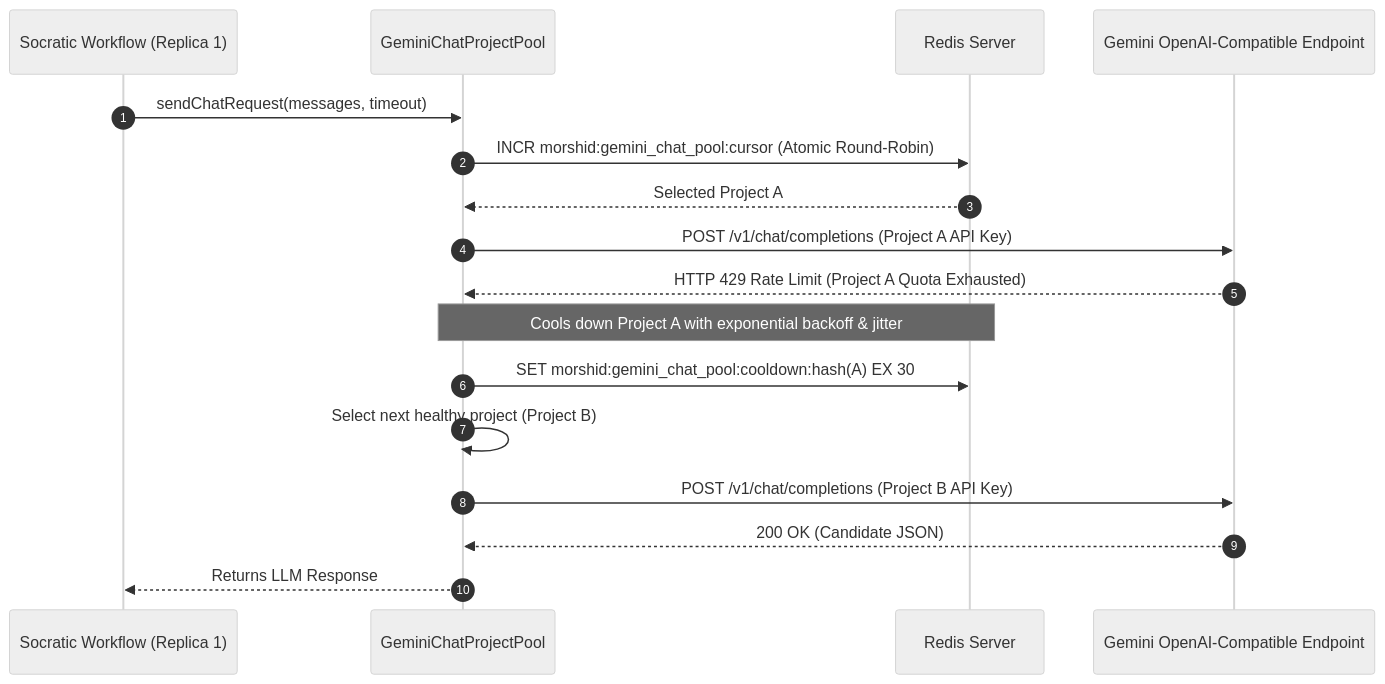
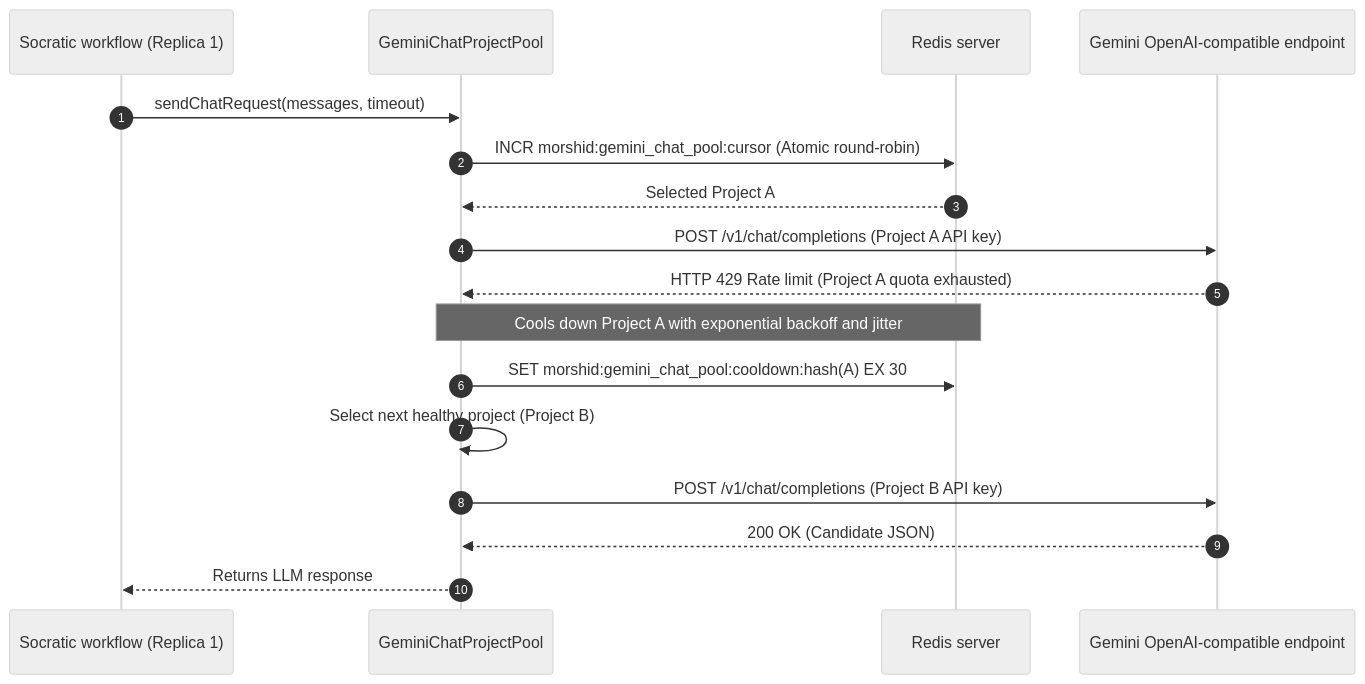
The third of 3 diagrams in docs/developer-guide/10-ai-platform-and-embeddings.md (MahmoudAhmed184/Morshid), drawn with Mermaid (neutral theme) before and after one commit. The commit also changed other lines of this file and 19 other files, not shown here.

````diff
--- a/docs/developer-guide/10-ai-platform-and-embeddings.md
+++ b/docs/developer-guide/10-ai-platform-and-embeddings.md
@@ -79,23 +82,23 @@
 ```mermaid
 sequenceDiagram
     autonumber
-    participant App as Socratic Workflow (Replica 1)
+    participant App as Socratic workflow (Replica 1)
     participant Pool as GeminiChatProjectPool
-    participant Redis as Redis Server
-    participant Gateway as Gemini OpenAI-Compatible Endpoint
+    participant Redis as Redis server
+    participant Gateway as Gemini OpenAI-compatible endpoint
 
     App->>Pool: sendChatRequest(messages, timeout)
-    Pool->>Redis: INCR morshid:gemini_chat_pool:cursor (Atomic Round-Robin)
+    Pool->>Redis: INCR morshid:gemini_chat_pool:cursor (Atomic round-robin)
     Redis-->>Pool: Selected Project A
     
-    Pool->>Gateway: POST /v1/chat/completions (Project A API Key)
-    Gateway-->>Pool: HTTP 429 Rate Limit (Project A Quota Exhausted)
+    Pool->>Gateway: POST /v1/chat/completions (Project A API key)
+    Gateway-->>Pool: HTTP 429 Rate limit (Project A quota exhausted)
     
-    Note over Pool,Redis: Cools down Project A with exponential backoff & jitter
+    Note over Pool,Redis: Cools down Project A with exponential backoff and jitter
     Pool->>Redis: SET morshid:gemini_chat_pool:cooldown:hash(A) EX 30
     
     Pool->>Pool: Select next healthy project (Project B)
-    Pool->>Gateway: POST /v1/chat/completions (Project B API Key)
+    Pool->>Gateway: POST /v1/chat/completions (Project B API key)
     Gateway-->>Pool: 200 OK (Candidate JSON)
-    Pool-->>App: Returns LLM Response
+    Pool-->>App: Returns LLM response
 ```
````
